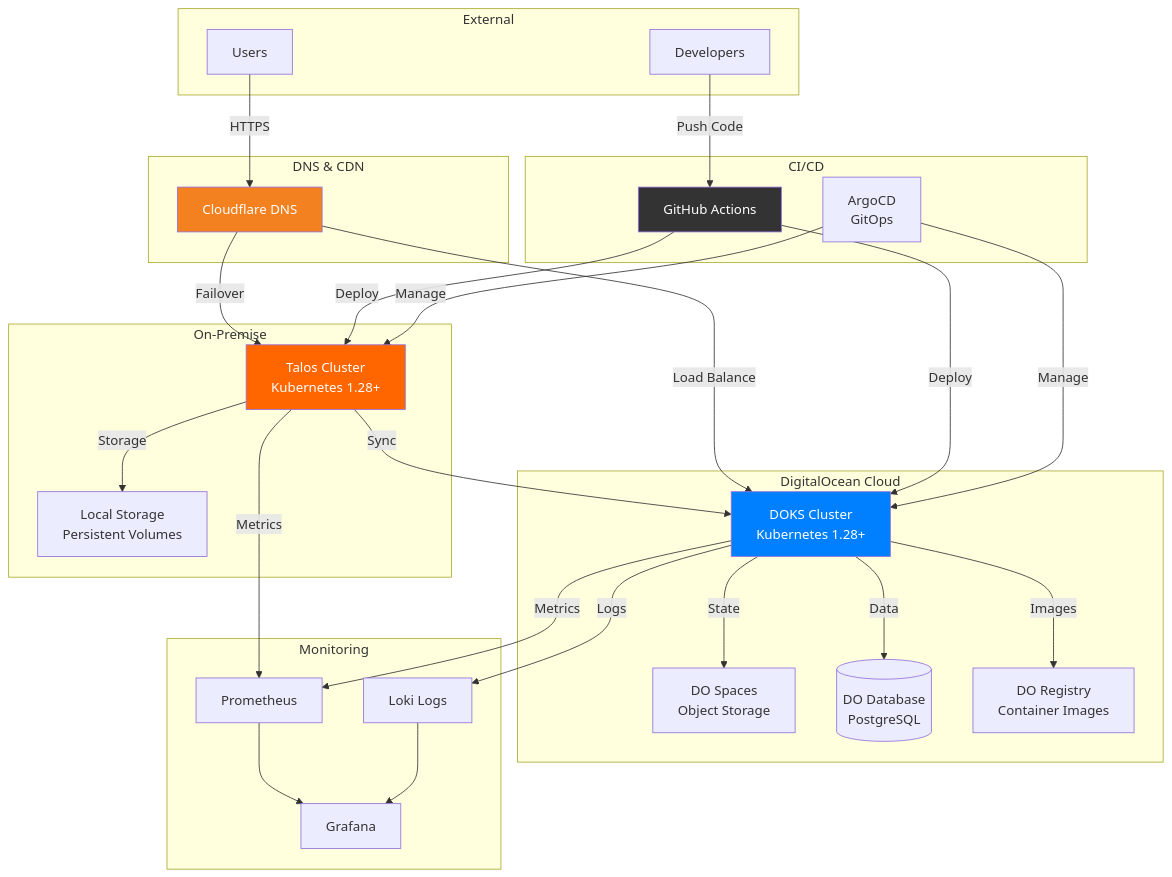
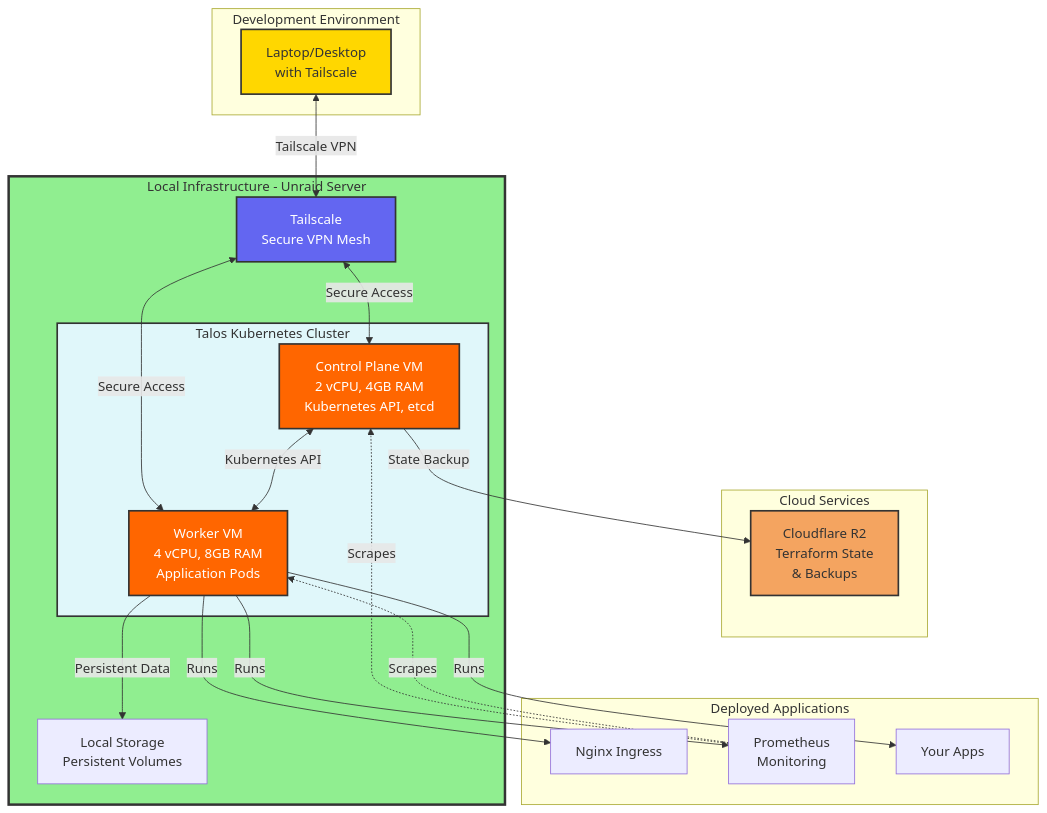
The first of 3 diagrams in docs/architecture/0001-infrastructure-overview.md (shangkuei/infrastructure), drawn with Mermaid before and after one commit. The commit also changed other lines of this file and 13 other files, not shown here.

First line of the commit message:
docs(infrastructure): pivot to Talos on-premises with hybrid cloud strategy

````diff
--- a/docs/architecture/0001-infrastructure-overview.md
+++ b/docs/architecture/0001-infrastructure-overview.md
@@ -7,63 +11,55 @@
 ```mermaid
 graph TB
-    subgraph "External"
-        Users[Users]
-        Developers[Developers]
+    subgraph DEV["Development Environment"]
+        Laptop[Laptop/Desktop<br/>with Tailscale]
     end
 
-    subgraph "DNS & CDN"
-        Cloudflare[Cloudflare DNS]
+    subgraph CLOUD["Cloud Services"]
+        CF[Cloudflare R2<br/>Terraform State<br/>& Backups]
     end
 
-    subgraph "DigitalOcean Cloud"
-        DOKS[DOKS Cluster<br/>Kubernetes 1.28+]
-        DOSpaces[DO Spaces<br/>Object Storage]
-        DODB[(DO Database<br/>PostgreSQL)]
-        DORegistry[DO Registry<br/>Container Images]
-    end
+    subgraph LOCAL["Local Infrastructure - Unraid Server"]
+        subgraph TALOS["Talos Kubernetes Cluster"]
+            CP[Control Plane VM<br/>2 vCPU, 4GB RAM<br/>Kubernetes API, etcd]
+            Worker[Worker VM<br/>4 vCPU, 8GB RAM<br/>Application Pods]
+        end
 
-    subgraph "On-Premise"
-        Talos[Talos Cluster<br/>Kubernetes 1.28+]
+        TS[Tailscale<br/>Secure VPN Mesh]
         Storage[Local Storage<br/>Persistent Volumes]
     end
 
-    subgraph "CI/CD"
-        GitHub[GitHub Actions]
-        ArgoCD[ArgoCD<br/>GitOps]
+    subgraph APPS["Deployed Applications"]
+        Ingress[Nginx Ingress]
+        Prometheus[Prometheus<br/>Monitoring]
+        Apps[Your Apps]
     end
 
-    subgraph "Monitoring"
-        Prometheus[Prometheus]
-        Grafana[Grafana]
-        Loki[Loki Logs]
-    end
+    %% Access Flow
+    Laptop <-->|Tailscale VPN| TS
+    TS <-->|Secure Access| CP
+    TS <-->|Secure Access| Worker
 
-    Users -->|HTTPS| Cloudflare
-    Cloudflare -->|Load Balance| DOKS
-    Cloudflare -->|Failover| Talos
+    %% Cluster Communication
+    CP <-->|Kubernetes API| Worker
+    CP -->|State Backup| CF
 
-    Developers -->|Push Code| GitHub
-    GitHub -->|Deploy| DOKS
-    GitHub -->|Deploy| Talos
+    %% Storage
+    Worker -->|Persistent Data| Storage
 
-    DOKS -->|State| DOSpaces
-    DOKS -->|Data| DODB
-    DOKS -->|Images| DORegistry
-    DOKS -->|Metrics| Prometheus
-    DOKS -->|Logs| Loki
+    %% Applications
+    Worker -->|Runs| Ingress
+    Worker -->|Runs| Prometheus
+    Worker -->|Runs| Apps
 
-    Talos -->|Sync| DOKS
-    Talos -->|Storage| Storage
-    Talos -->|Metrics| Prometheus
+    %% Monitoring
+    Prometheus -.->|Scrapes| CP
+    Prometheus -.->|Scrapes| Worker
 
-    ArgoCD -->|Manage| DOKS
-    ArgoCD -->|Manage| Talos
-
-    Prometheus --> Grafana
-    Loki --> Grafana
-
-    style DOKS fill:#0080ff,color:#fff
-    style Talos fill:#ff6600,color:#fff
-    style Cloudflare fill:#f48120,color:#fff
-    style GitHub fill:#333,color:#fff
+    style LOCAL fill:#90ee90,stroke:#333,stroke-width:3px
+    style TALOS fill:#e0f7fa,stroke:#333,stroke-width:2px
+    style CP fill:#ff6600,stroke:#333,stroke-width:2px,color:#fff
+    style Worker fill:#ff6600,stroke:#333,stroke-width:2px,color:#fff
+    style TS fill:#6366f1,stroke:#333,stroke-width:2px,color:#fff
+    style Laptop fill:#ffd700,stroke:#333,stroke-width:2px
+    style CF fill:#f4a460,stroke:#333,stroke-width:2px
 ```
````
